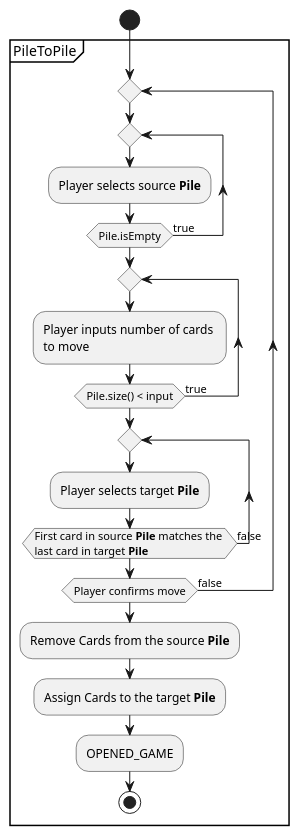
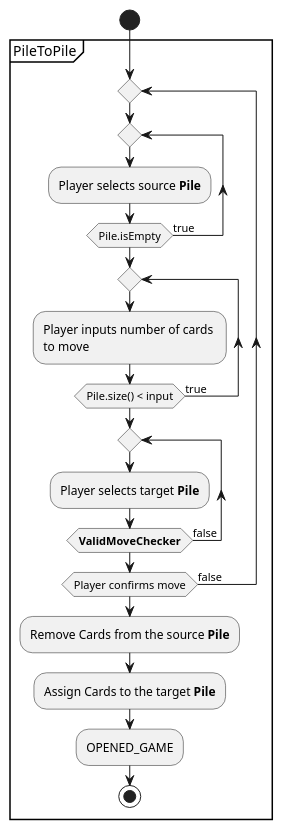
The diagram in useCaseView/PileToPile.puml (ciscoruiz/klondike), drawn with PlantUML before and after one commit. The commit also changed 6 other files, not shown here.

Commit message:
Define ValidMoveChecker use case

```diff
--- a/useCaseView/PileToPile.puml
+++ b/useCaseView/PileToPile.puml
@@ -1,28 +1,28 @@
 @startuml
 'https://plantuml.com/activity-diagram-beta
 
 start
 
 partition PileToPile {
 
 repeat
    repeat
       :Player selects source **Pile**;
    repeat while (Pile.isEmpty) is (true)
 
    repeat
       :Player inputs number of cards \nto move;
    repeat while (Pile.size() < input) is (true)
 
    repeat
       :Player selects target **Pile**;
-   repeat while (First card in source **Pile** matches the \nlast card in target **Pile**) is (false)
+   repeat while (**ValidMoveChecker**) is (false)
 repeat while (Player confirms move) is (false)
 
 :Remove Cards from the source **Pile**;
 :Assign Cards to the target **Pile**;
 :OPENED_GAME;
 
 stop
 
 @enduml
```
